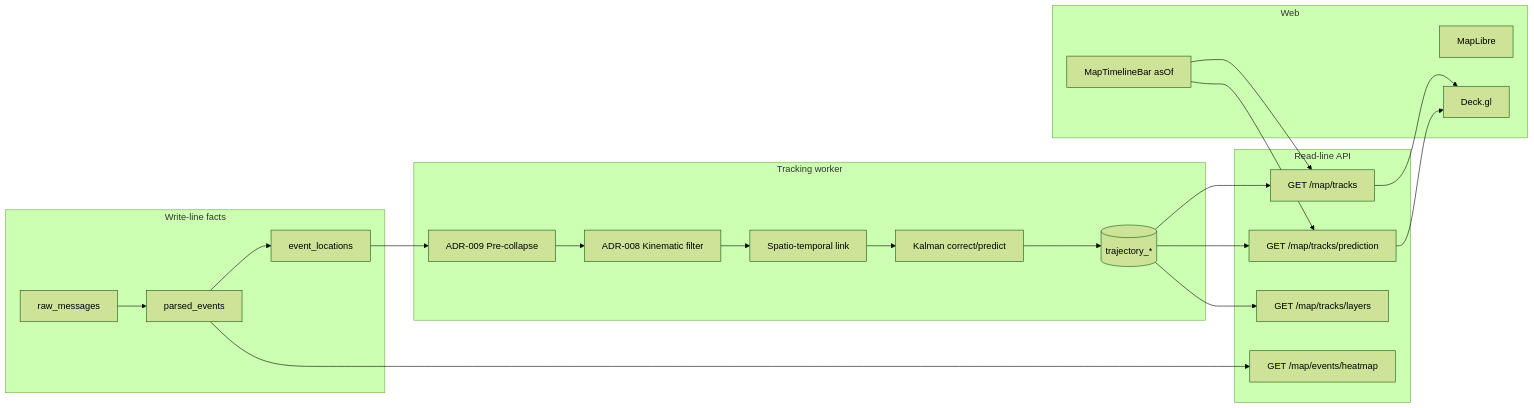
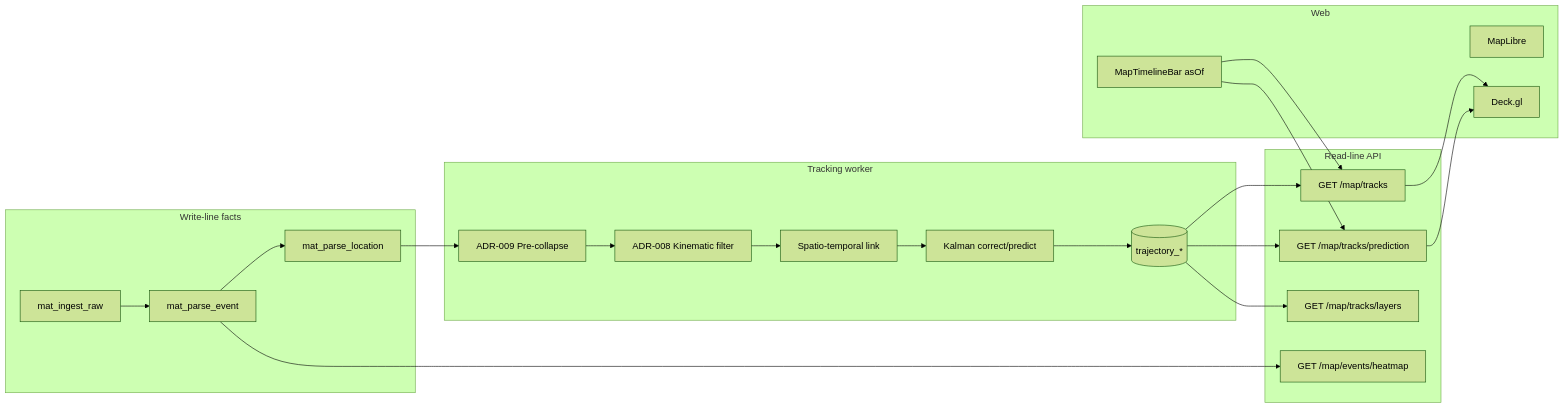
The second of 2 diagrams in docs/roadmap-tracking-forecasting.md (exclusiveLogin/radar), drawn with Mermaid (forest theme) before and after one commit. The commit also changed other lines of this file and 312 other files, not shown here.

````diff
--- a/docs/roadmap-tracking-forecasting.md
+++ b/docs/roadmap-tracking-forecasting.md
@@ -85,36 +85,36 @@
 ```mermaid
 flowchart LR
   subgraph writeLine [Write-line facts]
-    RM[raw_messages]
-    PE[parsed_events]
-    EL[event_locations]
+    RM[mat_ingest_raw]
+    PE[mat_parse_event]
+    EL[mat_parse_location]
   end
   subgraph trackingWorker [Tracking worker]
     Collapse[ADR-009 Pre-collapse]
     Classify[ADR-008 Kinematic filter]
     Link[Spatio-temporal link]
     Kalman[Kalman correct/predict]
     Store[(trajectory_*)]
   end
   subgraph readLine [Read-line API]
     Tracks[GET /map/tracks]
     Predict[GET /map/tracks/prediction]
     KillPass[GET /map/tracks/layers]
     Heatmap[GET /map/events/heatmap]
   end
   subgraph ui [Web]
     Timeline[MapTimelineBar asOf]
     MapLibre[MapLibre]
     Deck[Deck.gl]
   end
   RM --> PE --> EL
   EL --> Collapse --> Classify --> Link --> Kalman --> Store
   Store --> Tracks
   Store --> Predict
   Store --> KillPass
   PE --> Heatmap
   Tracks --> Deck
   Predict --> Deck
   Timeline --> Tracks
   Timeline --> Predict
 ```
````
